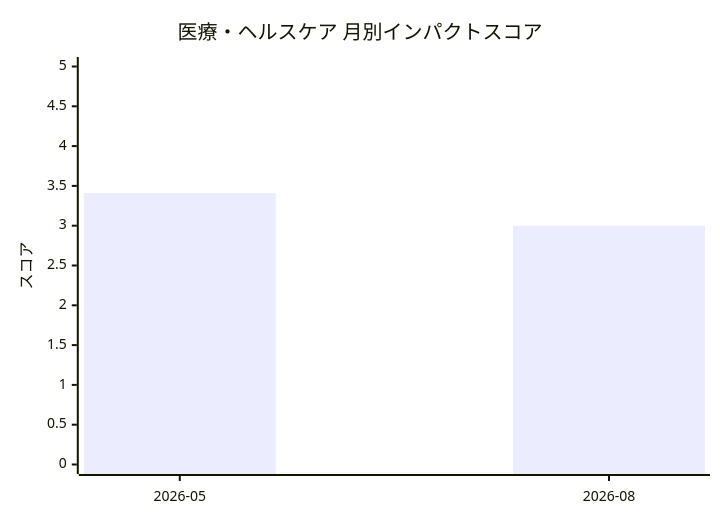
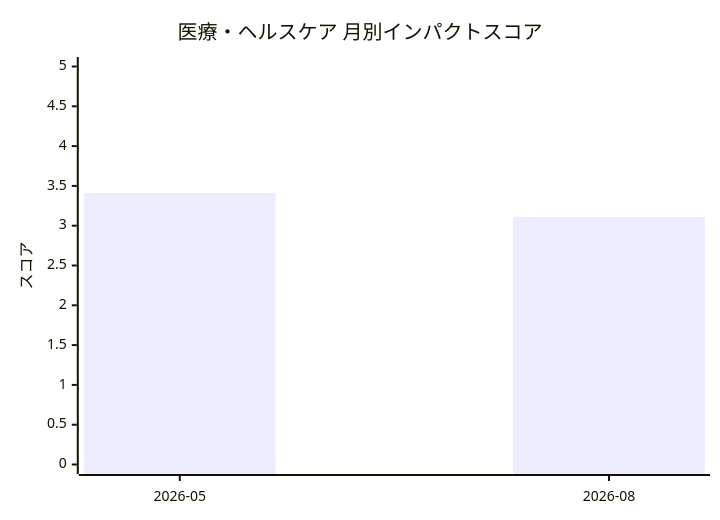
The diagram in knowledge/industry-impact/healthcare.md (devaise-support/ai-research), drawn with Mermaid before and after one commit. The commit also changed other lines of this file and 14 other files, not shown here.

````diff
--- a/knowledge/industry-impact/healthcare.md
+++ b/knowledge/industry-impact/healthcare.md
@@ -7,7 +7,7 @@
 ```mermaid
 xychart-beta
   title "医療・ヘルスケア 月別インパクトスコア"
   x-axis [2026-05, 2026-08]
   y-axis "スコア" 0 --> 5
-  bar [3.41, 3.0]
+  bar [3.41, 3.11]
 ```
````
